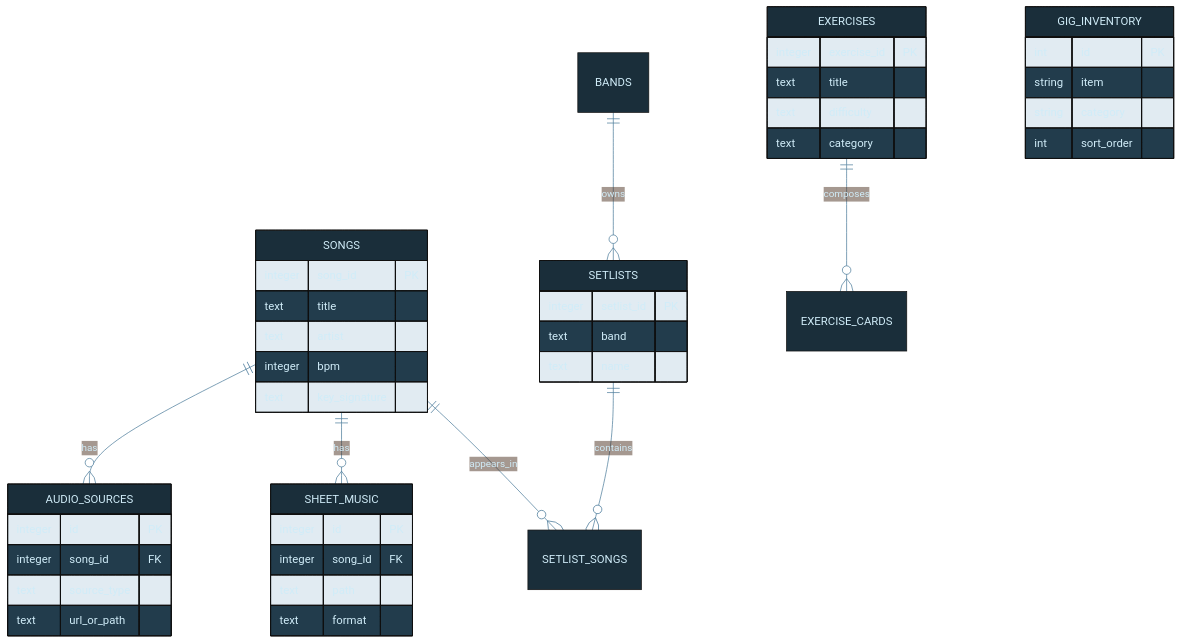
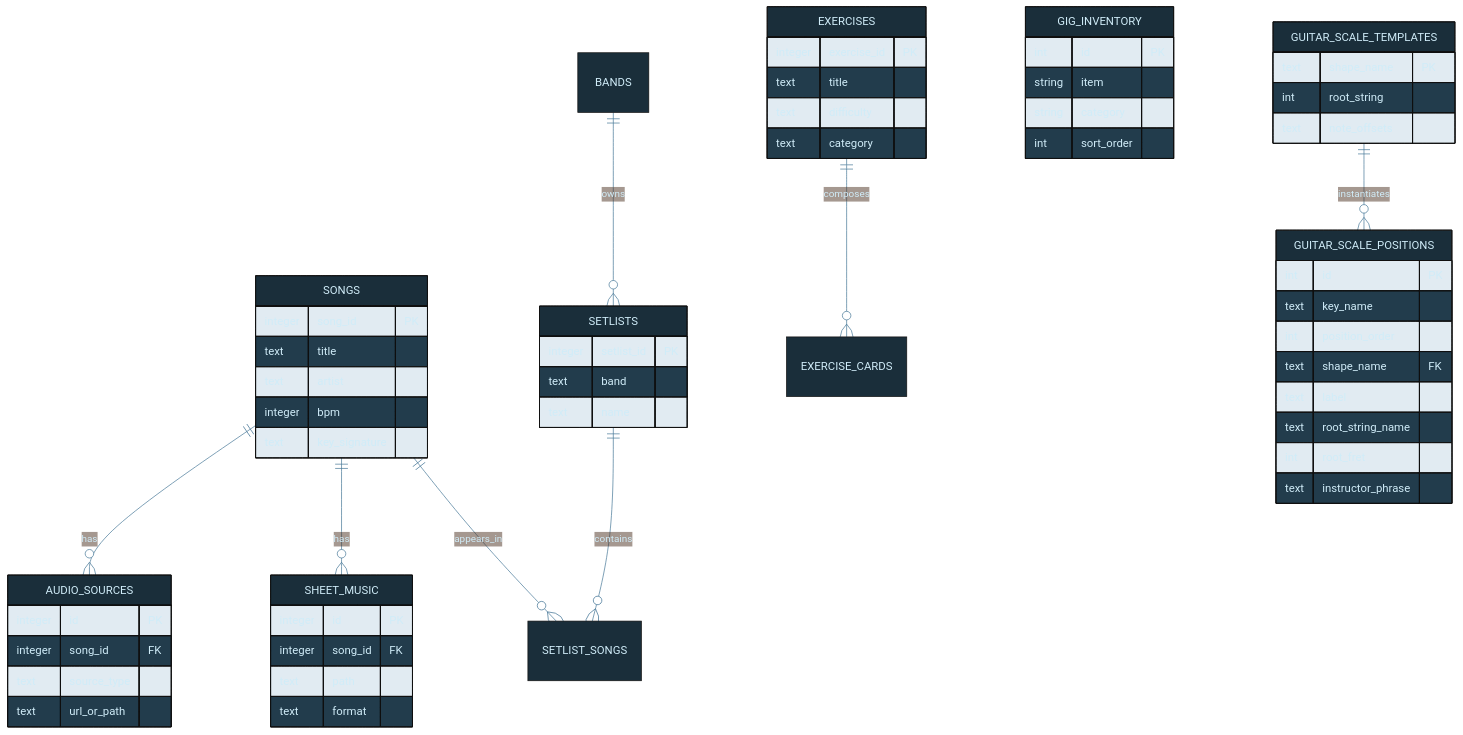
One commit to tylerdrakemusic/-Workspace changed the diagram in diagrams/music-db-schema.mmd. Above: the diagram before and after it, drawn with Mermaid.

Commit message:
docs(diagrams): add guitar_scale_templates + guitar_scale_positions to music-db-schema (FR-20260524-scale-data-sqlite-migration)

```diff
--- a/diagrams/music-db-schema.mmd
+++ b/diagrams/music-db-schema.mmd
@@ -1,45 +1,61 @@
 %%{init: {'theme': 'base', 'themeVariables': {'primaryColor': '#1a2e3a', 'primaryTextColor': '#d0ecf8', 'edgeLabelBackground': '#0f1318', 'lineColor': '#4a7a9a'}}}%%
 erDiagram
     SONGS ||--o{ SETLIST_SONGS : appears_in
     SETLISTS ||--o{ SETLIST_SONGS : contains
     SONGS ||--o{ SHEET_MUSIC : has
     SONGS ||--o{ AUDIO_SOURCES : has
     BANDS ||--o{ SETLISTS : owns
     EXERCISES ||--o{ EXERCISE_CARDS : composes
 
     SONGS {
         integer song_id PK
         text title
         text artist
         integer bpm
         text key_signature
     }
     SETLISTS {
         integer setlist_id PK
         text band
         text name
     }
     SHEET_MUSIC {
         integer id PK
         integer song_id FK
         text path
         text format
     }
     AUDIO_SOURCES {
         integer id PK
         integer song_id FK
         text source_type
         text url_or_path
     }
     EXERCISES {
         integer exercise_id PK
         text title
         text difficulty
         text category
     }
     GIG_INVENTORY {
         int id PK
         string item
         string category
         int sort_order
     }
+    GUITAR_SCALE_TEMPLATES {
+        text shape_name PK
+        int root_string
+        text note_offsets
+    }
+    GUITAR_SCALE_POSITIONS {
+        int id PK
+        text key_name
+        int position_order
+        text shape_name FK
+        text label
+        text root_string_name
+        int root_fret
+        text instructor_phrase
+    }
+    GUITAR_SCALE_TEMPLATES ||--o{ GUITAR_SCALE_POSITIONS : instantiates
```
